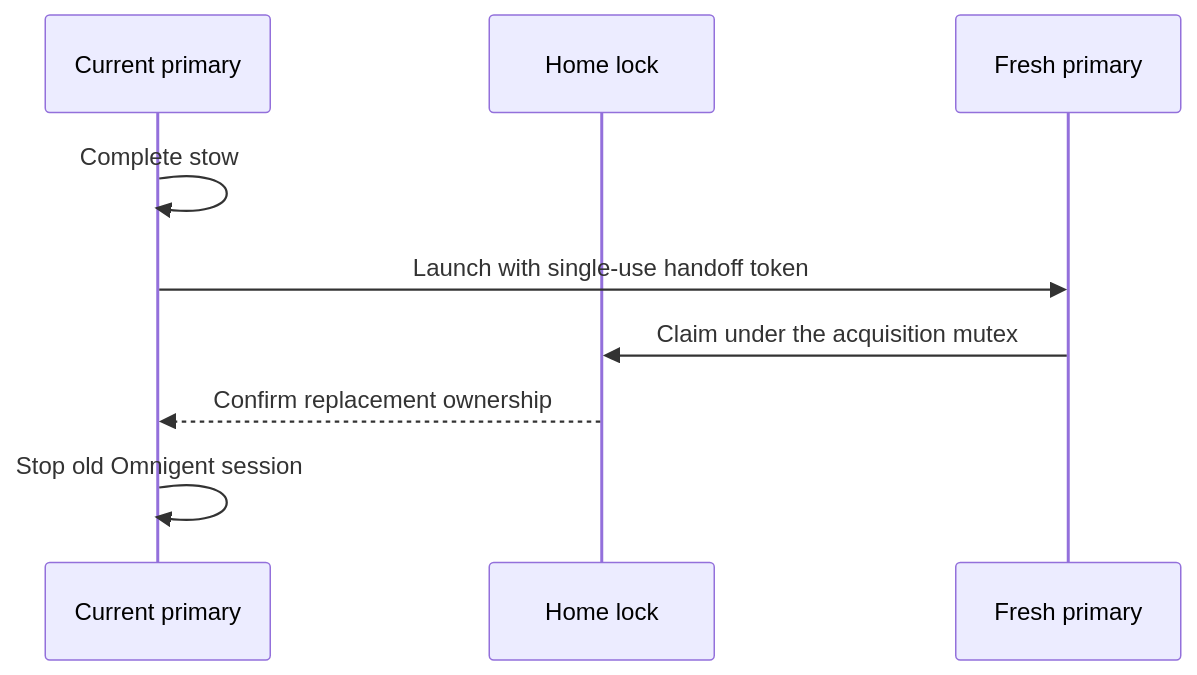
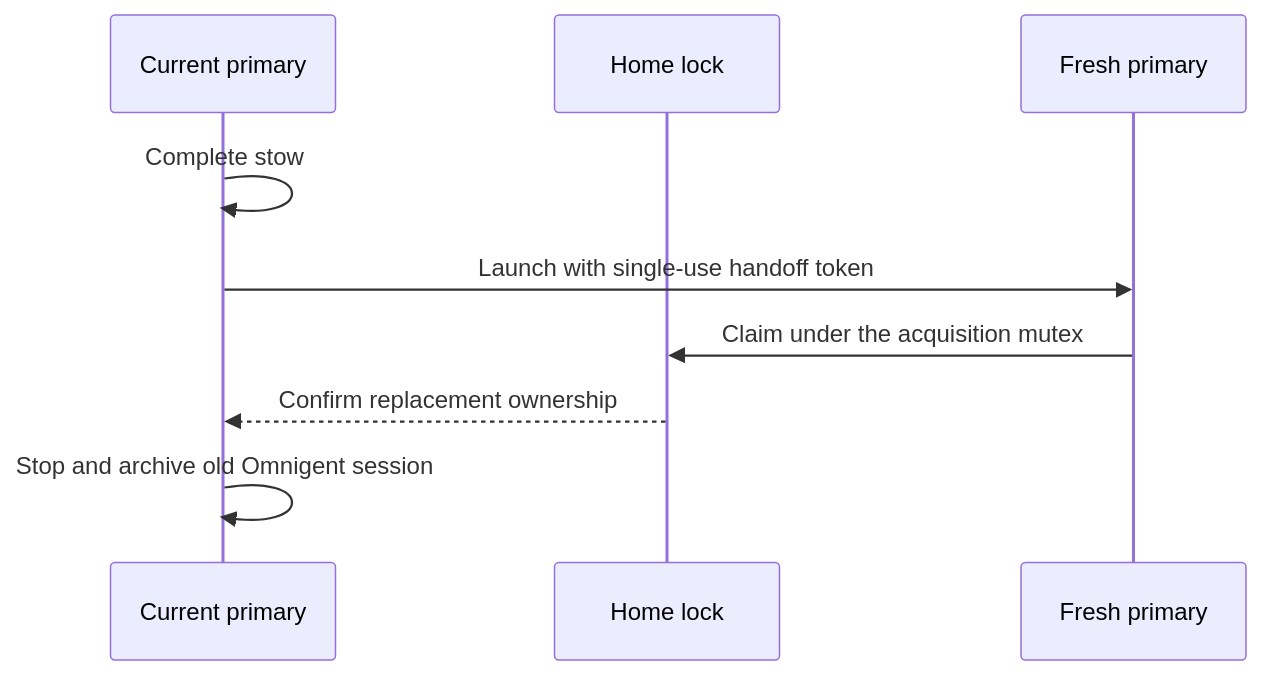
One commit to davidtandoh/firstmate changed the third of 3 diagrams in docs/omnigent.md. Above: the diagram before and after it, drawn with Mermaid. The commit also changed other lines of this file and 23 other files, not shown here.

````diff
--- a/docs/omnigent.md
+++ b/docs/omnigent.md
@@ -59,11 +99,11 @@
 ```mermaid
 sequenceDiagram
     participant Old as Current primary
     participant Lock as Home lock
     participant New as Fresh primary
     Old->>Old: Complete stow
     Old->>New: Launch with single-use handoff token
     New->>Lock: Claim under the acquisition mutex
     Lock-->>Old: Confirm replacement ownership
-    Old->>Old: Stop old Omnigent session
+    Old->>Old: Stop and archive old Omnigent session
 ```
````
